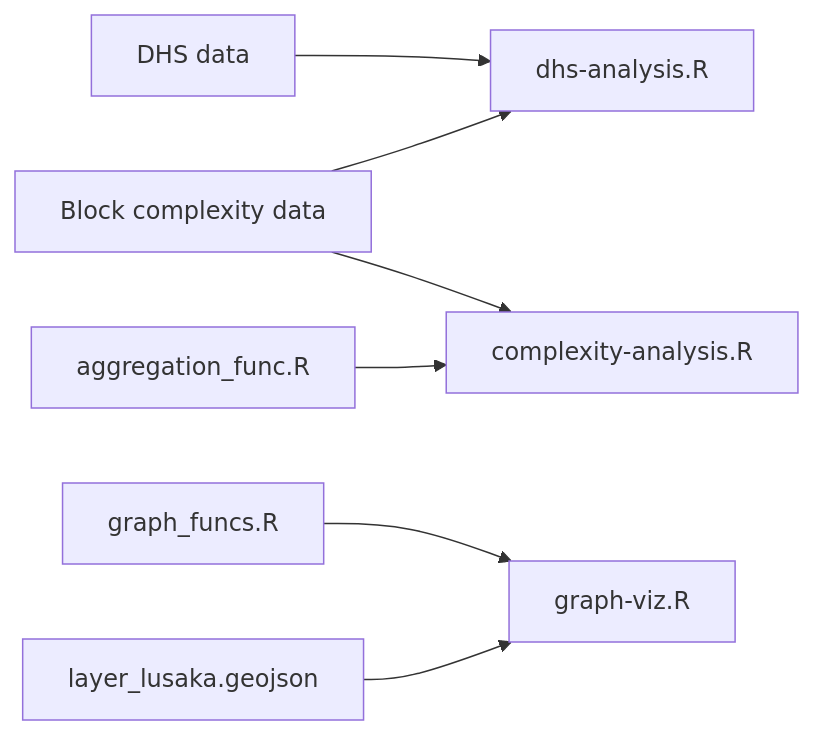
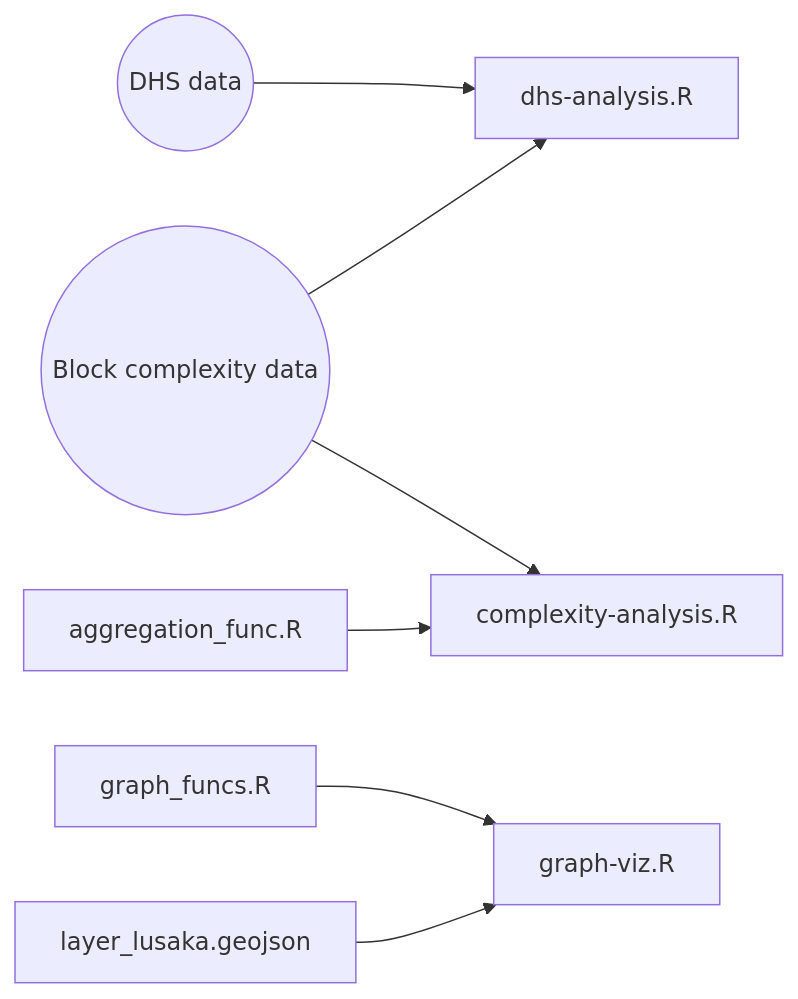
The diagram in ReadMe.md (mansueto-institute/kblock-analysis), drawn with Mermaid before and after one commit.

````diff
--- a/ReadMe.md
+++ b/ReadMe.md
@@ -22,10 +22,10 @@
 ```mermaid
 graph LR
-G[DHS data] --> C
-A[Block complexity data] --> B[complexity-analysis.R]
+G((DHS data)) --> C
+A((Block complexity data)) --> B[complexity-analysis.R]
 E[aggregation_func.R] --> B
 A --> C[dhs-analysis.R]
 
 F[graph_funcs.R] --> D[graph-viz.R]
 J[layer_lusaka.geojson] --> D
 ```
````
